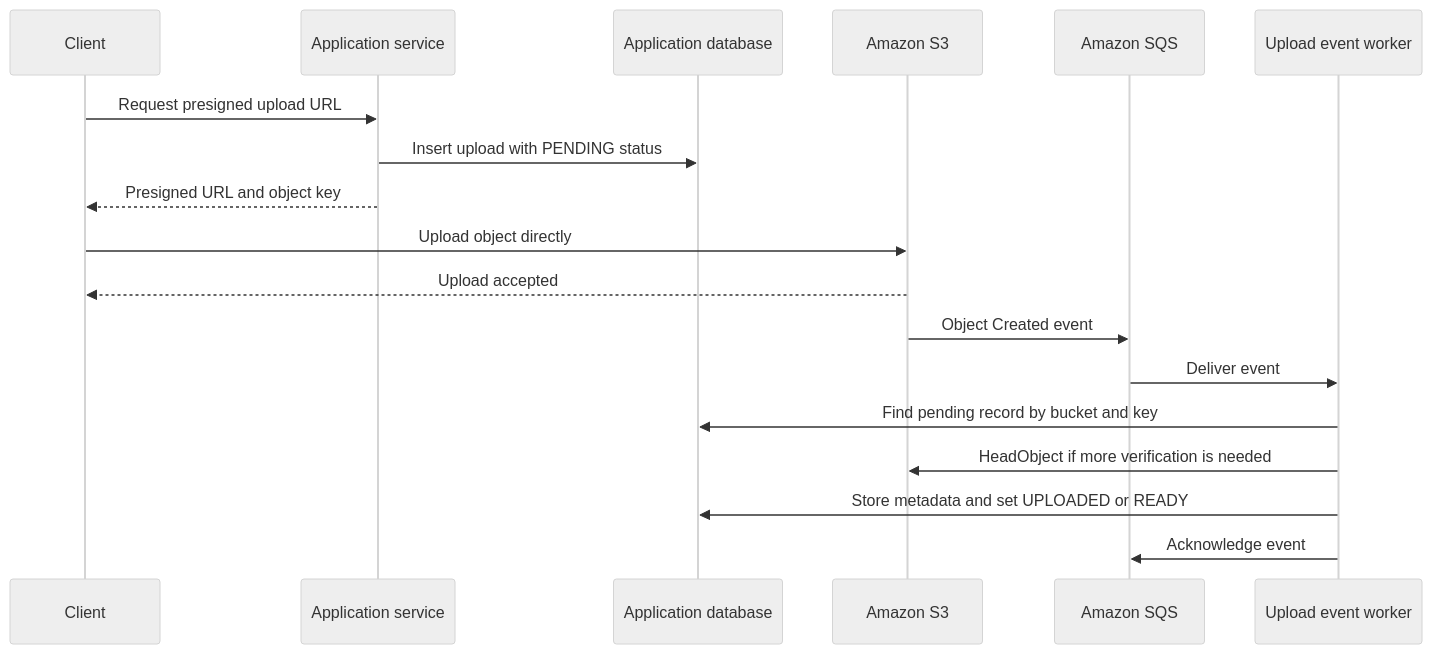
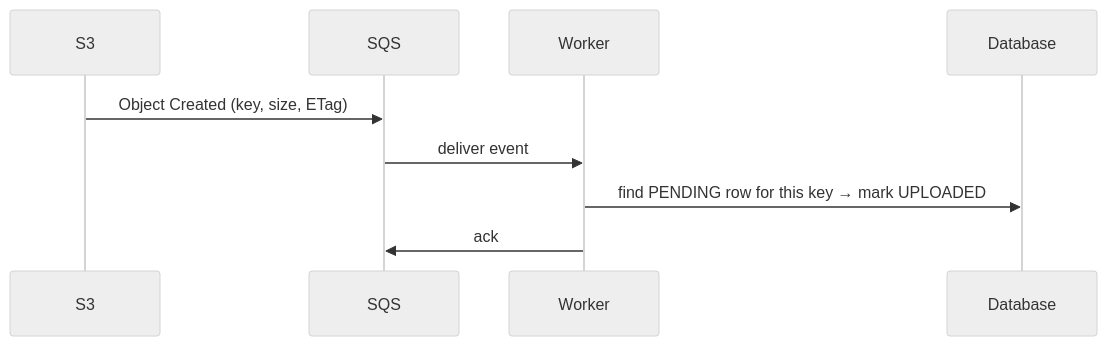
Before and after one commit to alanqi03/sys-design: the second of 3 diagrams in s3-large-blobs.md, drawn with Mermaid (neutral theme). The commit also changed other lines of this file and 6 other files, not shown here.

````diff
--- a/s3-large-blobs.md
+++ b/s3-large-blobs.md
@@ -142,21 +78,11 @@
 ```{mermaid}
 sequenceDiagram
-  participant C as Client
-  participant A as Application service
-  participant D as Application database
-  participant S as Amazon S3
-  participant Q as Amazon SQS
-  participant W as Upload event worker
-
-  C->>A: Request presigned upload URL
-  A->>D: Insert upload with PENDING status
-  A-->>C: Presigned URL and object key
-  C->>S: Upload object directly
-  S-->>C: Upload accepted
-  S->>Q: Object Created event
-  Q->>W: Deliver event
-  W->>D: Find pending record by bucket and key
-  W->>S: HeadObject if more verification is needed
-  W->>D: Store metadata and set UPLOADED or READY
-  W->>Q: Acknowledge event
+  participant S as S3
+  participant Q as SQS
+  participant W as Worker
+  participant D as Database
+  S->>Q: Object Created (key, size, ETag)
+  Q->>W: deliver event
+  W->>D: find PENDING row for this key → mark UPLOADED
+  W->>Q: ack
 ```
````
